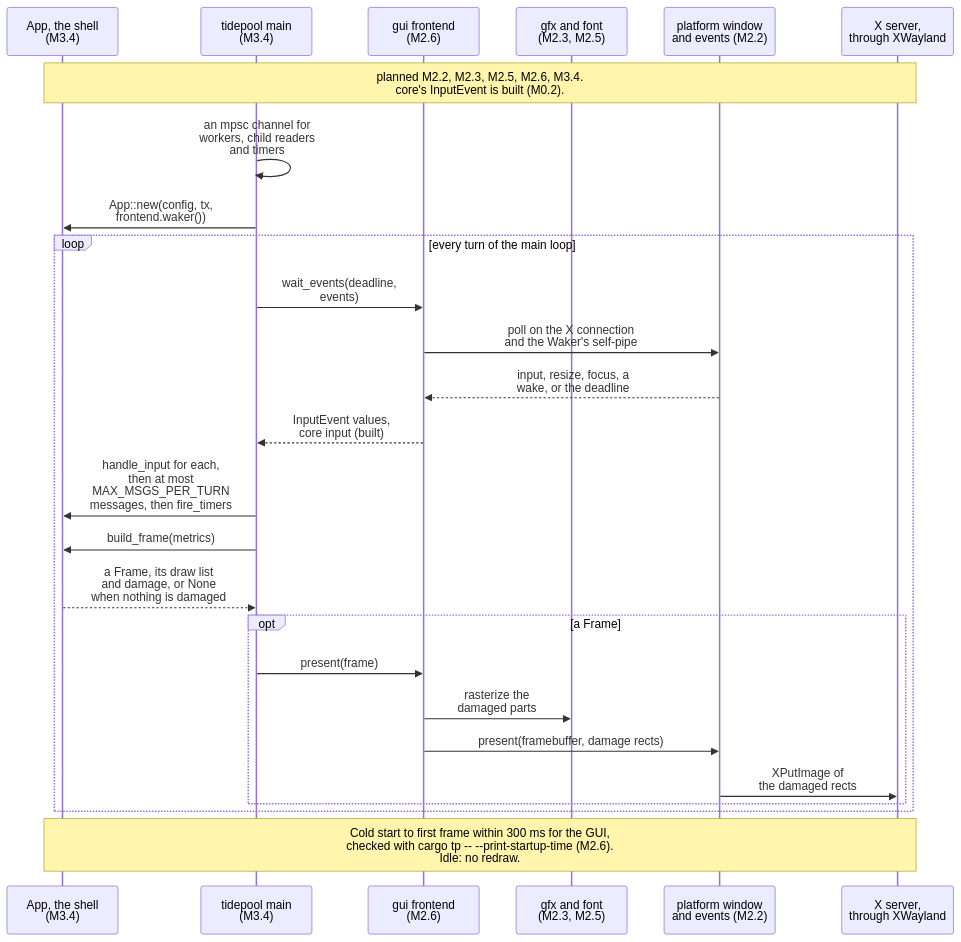
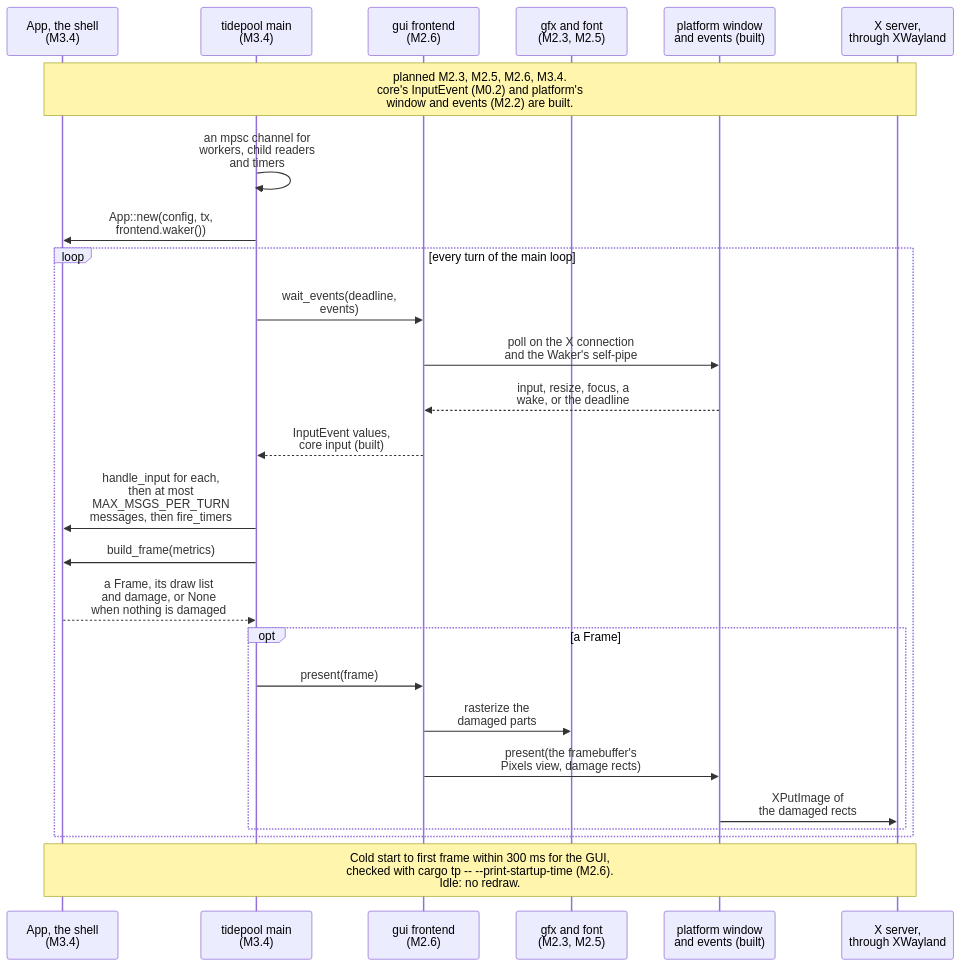
One commit to jabbott-iii/Tidepool changed the ninth of 21 diagrams in diagrams/sequence-diagrams.md. Above: the diagram before and after it, drawn with Mermaid. The commit also changed other lines of this file and 45 other files, not shown here.

````diff
--- a/diagrams/sequence-diagrams.md
+++ b/diagrams/sequence-diagrams.md
@@ -469,29 +470,29 @@
 ```mermaid
 sequenceDiagram
     participant Shell as App, the shell<br/>(M3.4)
     participant Cli as tidepool main<br/>(M3.4)
     participant Fe as gui frontend<br/>(M2.6)
     participant Gfx as gfx and font<br/>(M2.3, M2.5)
-    participant Plat as platform window<br/>and events (M2.2)
+    participant Plat as platform window<br/>and events (built)
     participant Disp as X server,<br/>through XWayland
 
-    Note over Shell,Disp: planned M2.2, M2.3, M2.5, M2.6, M3.4.<br/>core's InputEvent is built (M0.2).
+    Note over Shell,Disp: planned M2.3, M2.5, M2.6, M3.4.<br/>core's InputEvent (M0.2) and platform's<br/>window and events (M2.2) are built.
     Cli->>Cli: an mpsc channel for<br/>workers, child readers<br/>and timers
     Cli->>Shell: App::new(config, tx,<br/>frontend.waker())
     loop every turn of the main loop
         Cli->>Fe: wait_events(deadline,<br/>events)
         Fe->>Plat: poll on the X connection<br/>and the Waker's self-pipe
         Plat-->>Fe: input, resize, focus, a<br/>wake, or the deadline
         Fe-->>Cli: InputEvent values,<br/>core input (built)
         Cli->>Shell: handle_input for each,<br/>then at most<br/>MAX_MSGS_PER_TURN<br/>messages, then fire_timers
         Cli->>Shell: build_frame(metrics)
         Shell-->>Cli: a Frame, its draw list<br/>and damage, or None<br/>when nothing is damaged
         opt a Frame
             Cli->>Fe: present(frame)
             Fe->>Gfx: rasterize the<br/>damaged parts
-            Fe->>Plat: present(framebuffer, damage rects)
+            Fe->>Plat: present(the framebuffer's<br/>Pixels view, damage rects)
             Plat->>Disp: XPutImage of<br/>the damaged rects
         end
     end
     Note over Shell,Disp: Cold start to first frame within 300 ms for the GUI,<br/>checked with cargo tp -- --print-startup-time (M2.6).<br/>Idle: no redraw.
 ```
````
